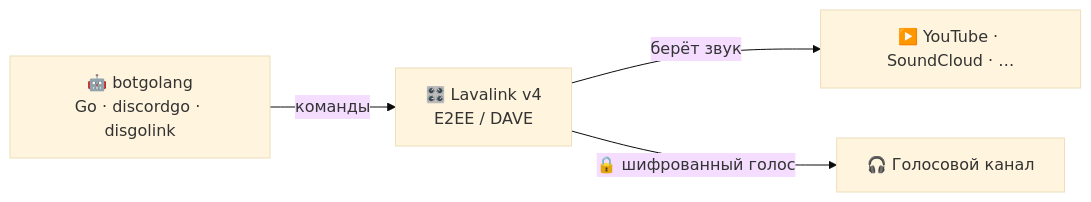
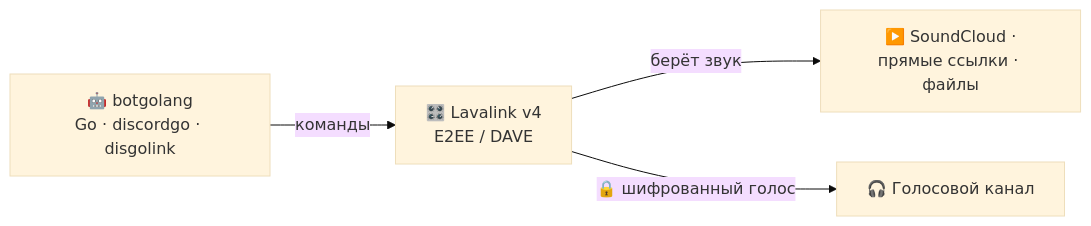
The diagram in README.md (wexxxew/botgolang), drawn with Mermaid (base theme) before and after one commit. The commit also changed other lines of this file, not shown here.

````diff
--- a/README.md
+++ b/README.md
@@ -123,6 +125,6 @@
 ```mermaid
 flowchart LR
     A["🤖 botgolang<br/>Go · discordgo · disgolink"] -->|команды| B["🎛️ Lavalink v4<br/>E2EE / DAVE"]
-    B -->|берёт звук| C["▶️ YouTube · SoundCloud · …"]
+    B -->|берёт звук| C["▶️ SoundCloud ·<br/>прямые ссылки · файлы"]
     B -->|🔒 шифрованный голос| D["🎧 Голосовой канал"]
 ```
````
